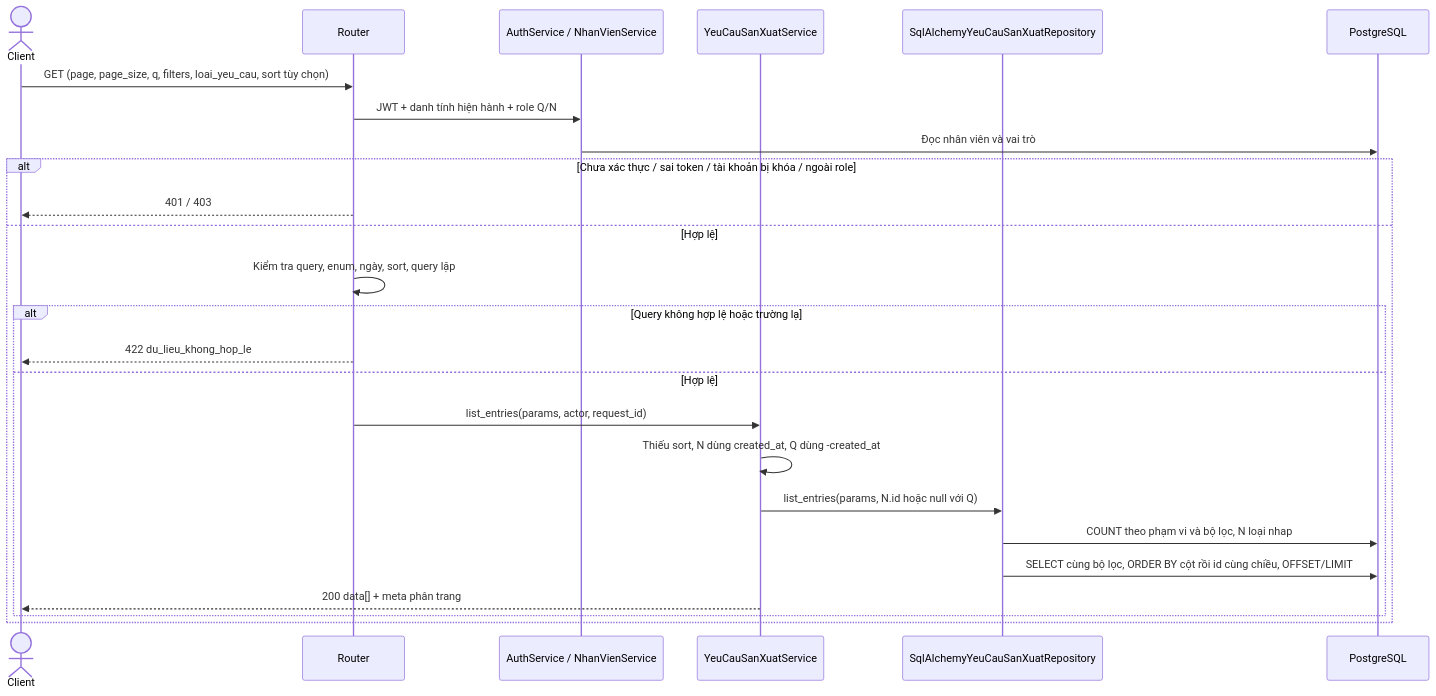
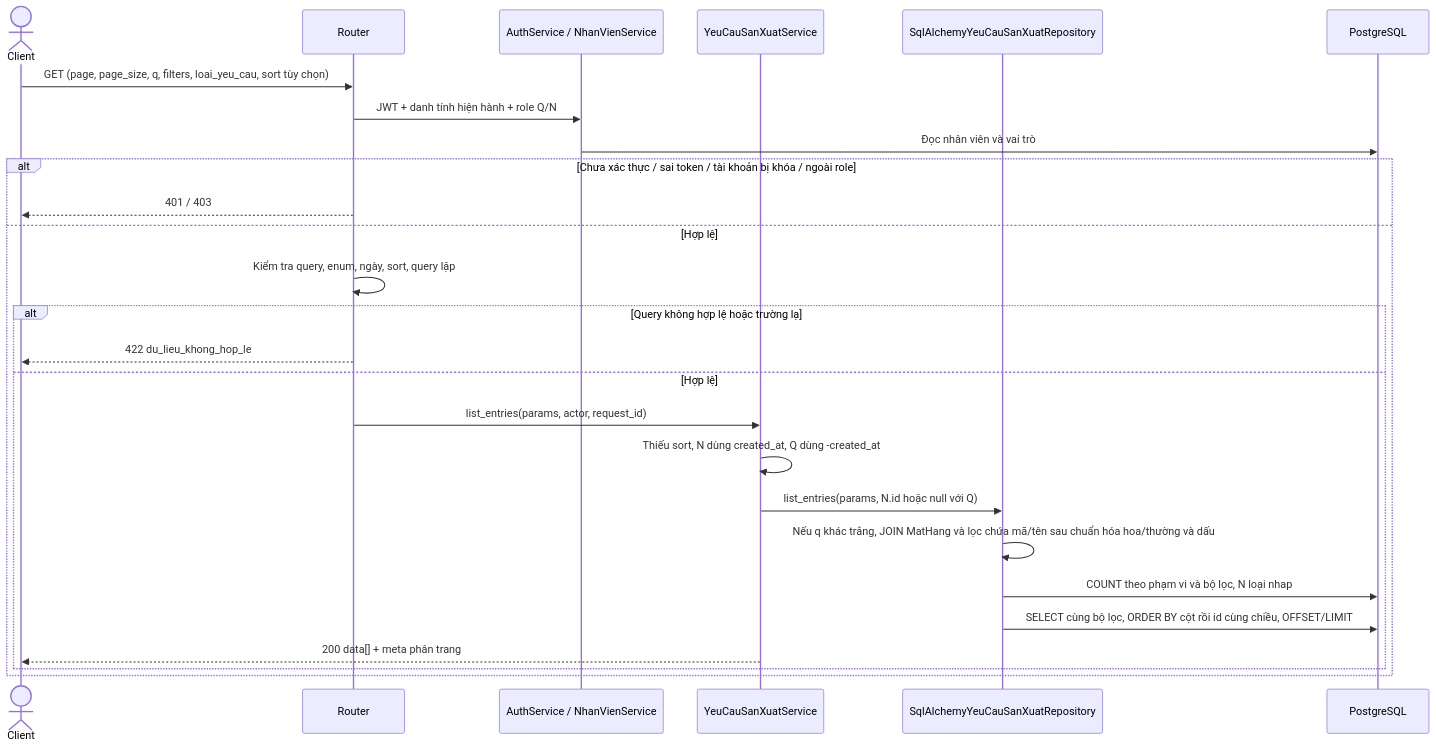
The second of 19 diagrams in docs/sequence/san_xuat.md (thanhklt/xbike-mrp-system), drawn with Mermaid before and after one commit. The commit also changed other lines of this file and 6 other files, not shown here.

````diff
--- a/docs/sequence/san_xuat.md
+++ b/docs/sequence/san_xuat.md
@@ -117,27 +117,28 @@
 ```mermaid
 sequenceDiagram
     actor C as Client
     participant R as Router
     participant A as AuthService / NhanVienService
     participant S as YeuCauSanXuatService
     participant P as SqlAlchemyYeuCauSanXuatRepository
     participant D as PostgreSQL
     C->>R: GET (page, page_size, q, filters, loai_yeu_cau, sort tùy chọn)
     R->>A: JWT + danh tính hiện hành + role Q/N
     A->>D: Đọc nhân viên và vai trò
     alt Chưa xác thực / sai token / tài khoản bị khóa / ngoài role
         R-->>C: 401 / 403
     else Hợp lệ
         R->>R: Kiểm tra query, enum, ngày, sort, query lặp
         alt Query không hợp lệ hoặc trường lạ
             R-->>C: 422 du_lieu_khong_hop_le
         else Hợp lệ
             R->>S: list_entries(params, actor, request_id)
             S->>S: Thiếu sort, N dùng created_at, Q dùng -created_at
             S->>P: list_entries(params, N.id hoặc null với Q)
+            P->>P: Nếu q khác trắng, JOIN MatHang và lọc chứa mã/tên sau chuẩn hóa hoa/thường và dấu
             P->>D: COUNT theo phạm vi và bộ lọc, N loại nhap
             P->>D: SELECT cùng bộ lọc, ORDER BY cột rồi id cùng chiều, OFFSET/LIMIT
             S-->>C: 200 data[] + meta phân trang
         end
     end
 ```
````
